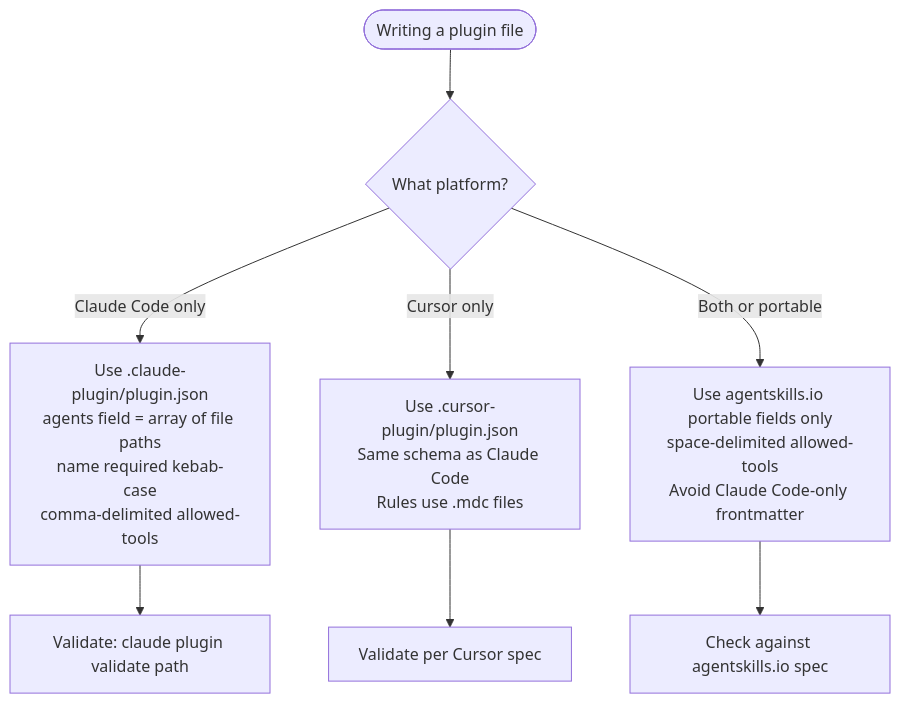
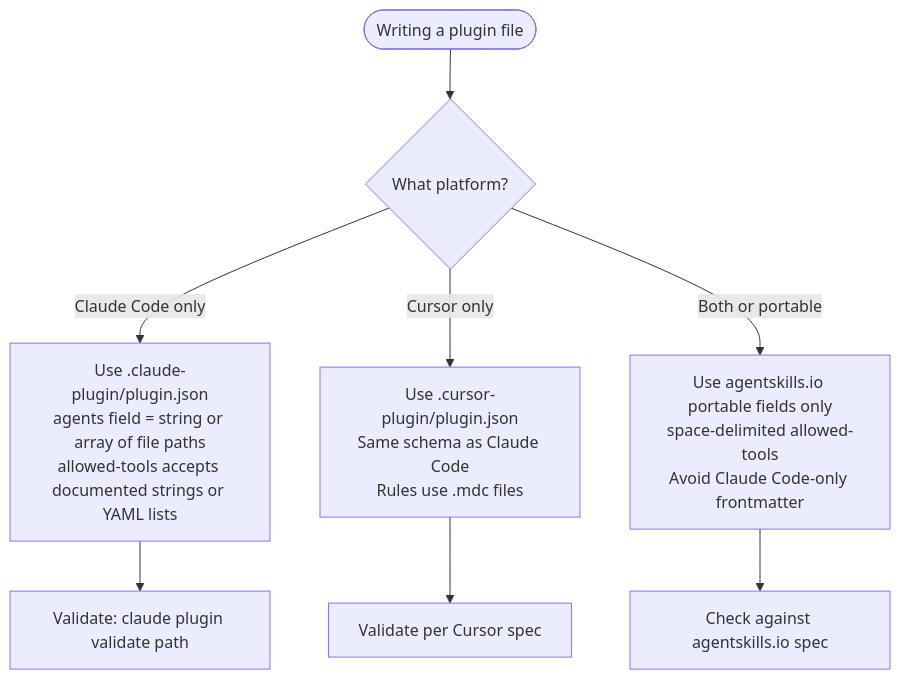
The diagram in plugins/plugin-creator/skills/skill-creator/references/agent-plugin-ecosystem.md (Jamie-BitFlight/claude_skills), drawn with Mermaid before and after one commit. The commit also changed other lines of this file and 57 other files, not shown here.

````diff
--- a/plugins/plugin-creator/skills/skill-creator/references/agent-plugin-ecosystem.md
+++ b/plugins/plugin-creator/skills/skill-creator/references/agent-plugin-ecosystem.md
@@ -143,10 +143,10 @@
 ```mermaid
 flowchart TD
     Start([Writing a plugin file]) --> Q1{What platform?}
-    Q1 -->|Claude Code only| CC[Use .claude-plugin/plugin.json<br>agents field = array of file paths<br>name required kebab-case<br>comma-delimited allowed-tools]
+    Q1 -->|Claude Code only| CC[Use .claude-plugin/plugin.json<br>agents field = string or array of file paths<br>allowed-tools accepts documented strings or YAML lists]
     Q1 -->|Cursor only| CU[Use .cursor-plugin/plugin.json<br>Same schema as Claude Code<br>Rules use .mdc files]
     Q1 -->|Both or portable| Both[Use agentskills.io portable fields only<br>space-delimited allowed-tools<br>Avoid Claude Code-only frontmatter]
     CC --> Val[Validate: claude plugin validate path]
     CU --> Val2[Validate per Cursor spec]
     Both --> Val3[Check against agentskills.io spec]
 ```
````
